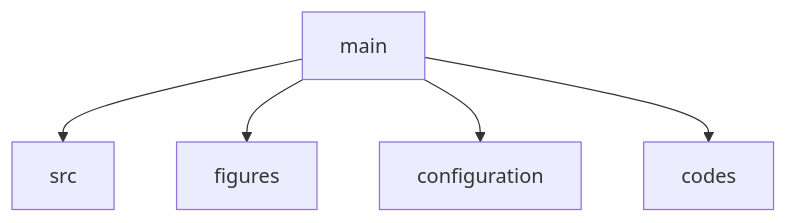
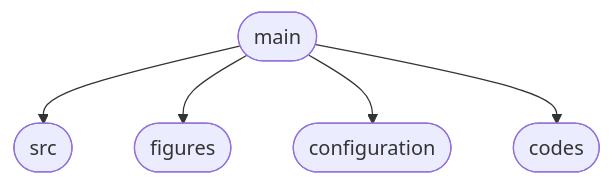
The diagram in README.md (mliza/dissertation), drawn with Mermaid before and after one commit.

````diff
--- a/README.md
+++ b/README.md
@@ -10,7 +10,7 @@
 ```mermaid
 flowchart TD
-  main --> src
-  main --> figures
-  main --> configuration
-  main --> codes
+  id1([main]) --> id2([src]);
+  id1([main]) --> id3([figures]);
+  id1([main]) --> id4([configuration]);
+  id1([main]) --> id5([codes])
 ```
````
